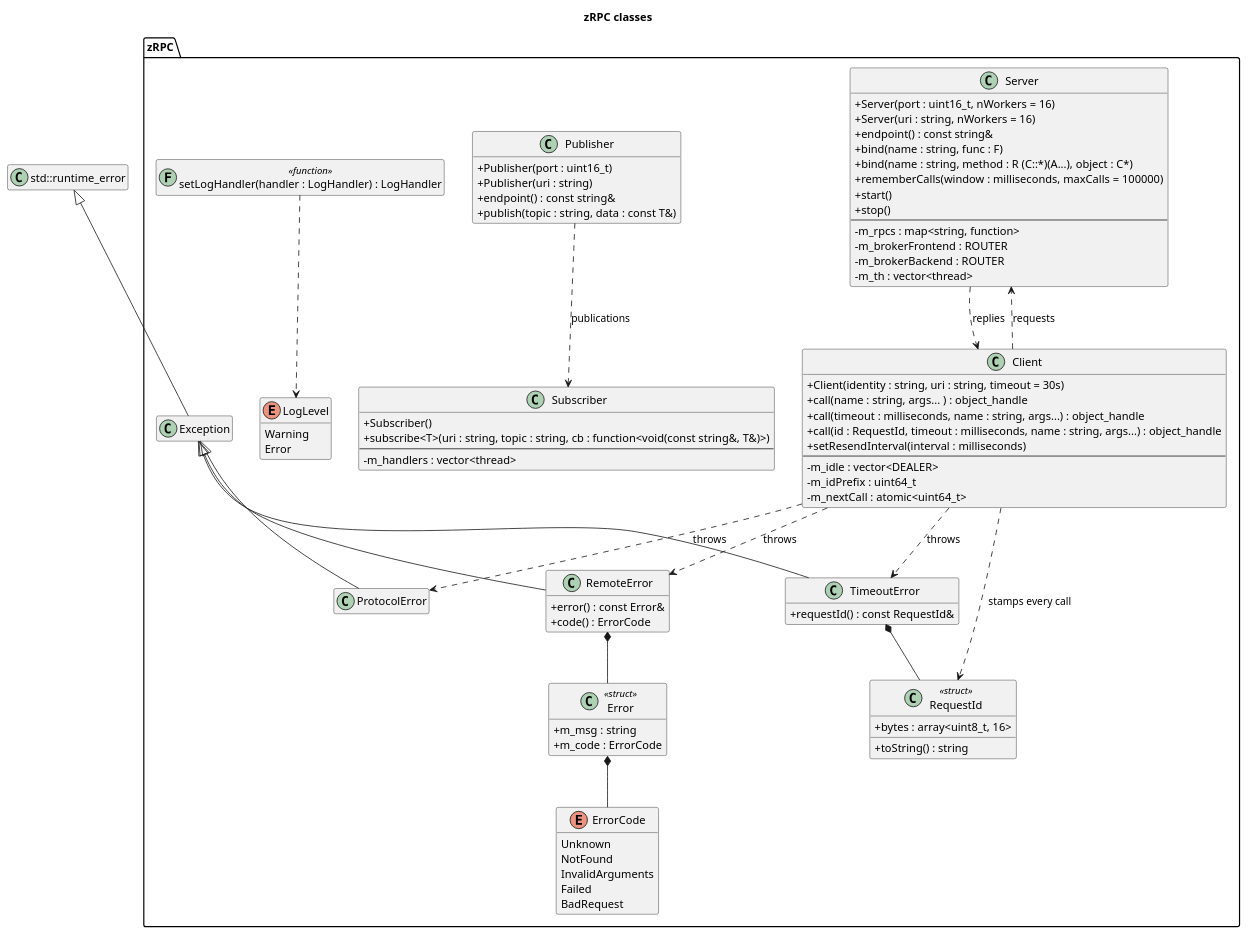
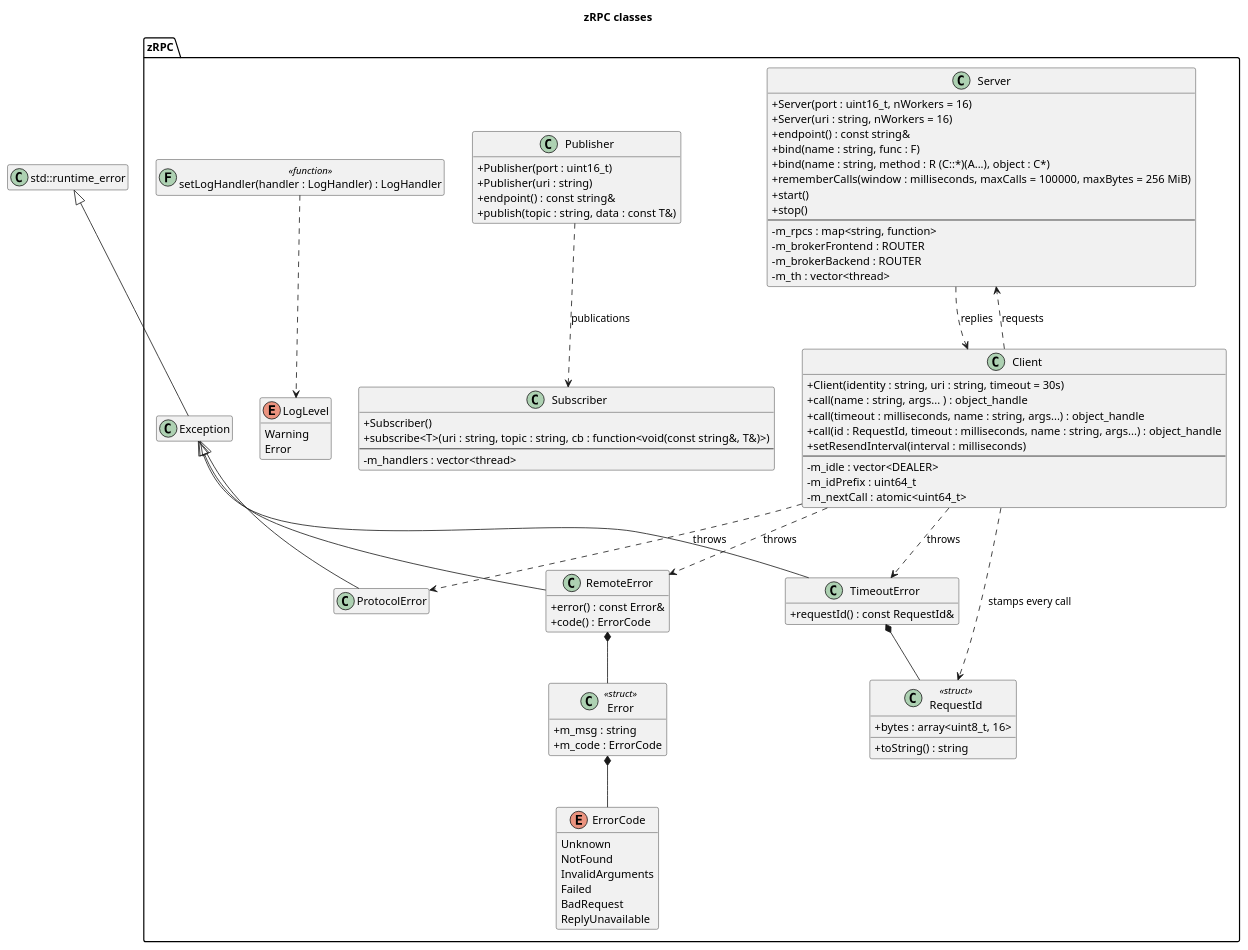
Before and after one commit to jhaws1982/zRPC: the diagram in docs/classes.puml, drawn with PlantUML. The commit also changed 5 other files, not shown here.

```diff
--- a/docs/classes.puml
+++ b/docs/classes.puml
@@ -1,105 +1,106 @@
 @startuml classes
 ' Public API of zRPC. Render with: java -jar plantuml.jar -tsvg docs/*.puml
 title zRPC classes
 skinparam classAttributeIconSize 0
 skinparam shadowing false
 hide empty members
 
 namespace zRPC {
   class Server {
     +Server(port : uint16_t, nWorkers = 16)
     +Server(uri : string, nWorkers = 16)
     +endpoint() : const string&
     +bind(name : string, func : F)
     +bind(name : string, method : R (C::*)(A...), object : C*)
-    +rememberCalls(window : milliseconds, maxCalls = 100000)
+    +rememberCalls(window : milliseconds, maxCalls = 100000, maxBytes = 256 MiB)
     +start()
     +stop()
     --
     -m_rpcs : map<string, function>
     -m_brokerFrontend : ROUTER
     -m_brokerBackend : ROUTER
     -m_th : vector<thread>
   }
 
   class Client {
     +Client(identity : string, uri : string, timeout = 30s)
     +call(name : string, args... ) : object_handle
     +call(timeout : milliseconds, name : string, args...) : object_handle
     +call(id : RequestId, timeout : milliseconds, name : string, args...) : object_handle
     +setResendInterval(interval : milliseconds)
     --
     -m_idle : vector<DEALER>
     -m_idPrefix : uint64_t
     -m_nextCall : atomic<uint64_t>
   }
 
   class Publisher {
     +Publisher(port : uint16_t)
     +Publisher(uri : string)
     +endpoint() : const string&
     +publish(topic : string, data : const T&)
   }
 
   class Subscriber {
     +Subscriber()
     +subscribe<T>(uri : string, topic : string, cb : function<void(const string&, T&)>)
     --
     -m_handlers : vector<thread>
   }
 
   class RequestId <<struct>> {
     +bytes : array<uint8_t, 16>
     +toString() : string
   }
 
   class Error <<struct>> {
     +m_msg : string
     +m_code : ErrorCode
   }
 
   enum ErrorCode {
     Unknown
     NotFound
     InvalidArguments
     Failed
     BadRequest
+    ReplyUnavailable
   }
 
   class Exception
   class RemoteError {
     +error() : const Error&
     +code() : ErrorCode
   }
   class TimeoutError {
     +requestId() : const RequestId&
   }
   class ProtocolError
 
   enum LogLevel {
     Warning
     Error
   }
 
   class "setLogHandler(handler : LogHandler) : LogHandler" as setLogHandler << (F,#ADD1B2) function >>
 
   Exception <|-- RemoteError
   Exception <|-- TimeoutError
   Exception <|-- ProtocolError
   RemoteError *-- Error
   TimeoutError *-- RequestId
   Error *-- ErrorCode
   setLogHandler ..> LogLevel
 
   Client ..> RequestId : stamps every call
   Client ..> Server : requests
   Server ..> Client : replies
   Publisher ..> Subscriber : publications
   Client ..> RemoteError : throws
   Client ..> TimeoutError : throws
   Client ..> ProtocolError : throws
 }
 
 class "std::runtime_error" as runtime_error
 runtime_error <|-- zRPC.Exception
 @enduml
```
